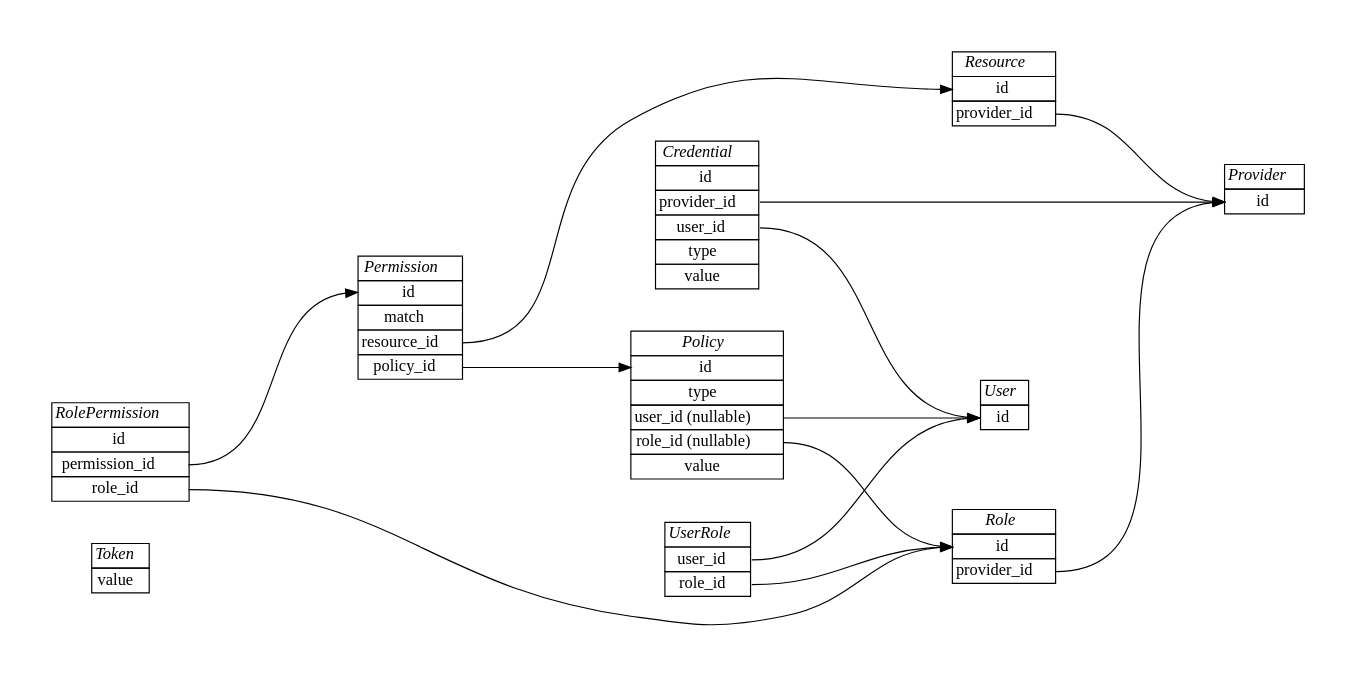
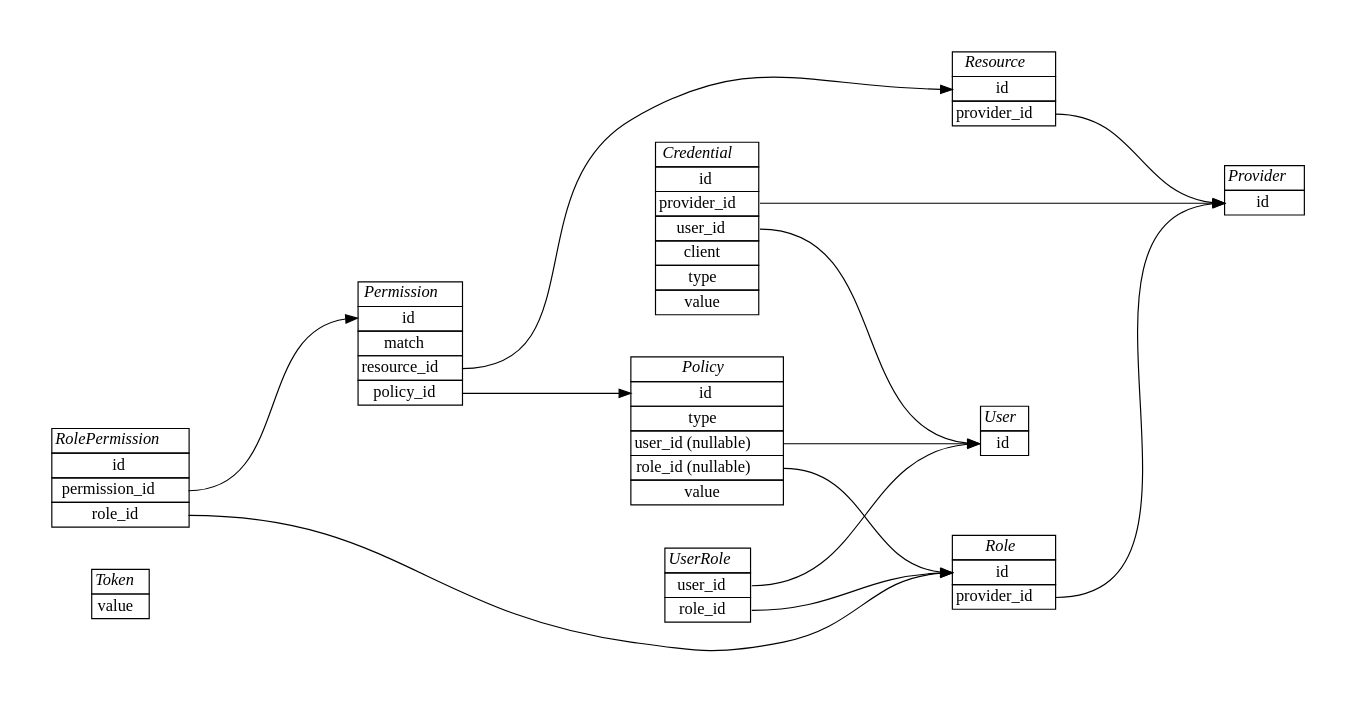
The diagram in docs/architecture/domain.rst (knowark/authark), drawn with Graphviz before and after one commit. The commit also changed 5 other files, not shown here.

```diff
--- a/docs/architecture/domain.rst
+++ b/docs/architecture/domain.rst
@@ -38,6 +38,7 @@
     <tr><td port="id">id</td></tr>
     <tr><td port="provider_id">provider_id</td></tr>
     <tr><td port="user_id">user_id</td></tr>
+    <tr><td port="client">client</td></tr>
     <tr><td port="type">type</td></tr>
     <tr><td port="value">value</td></tr>
     </table>>];
```
